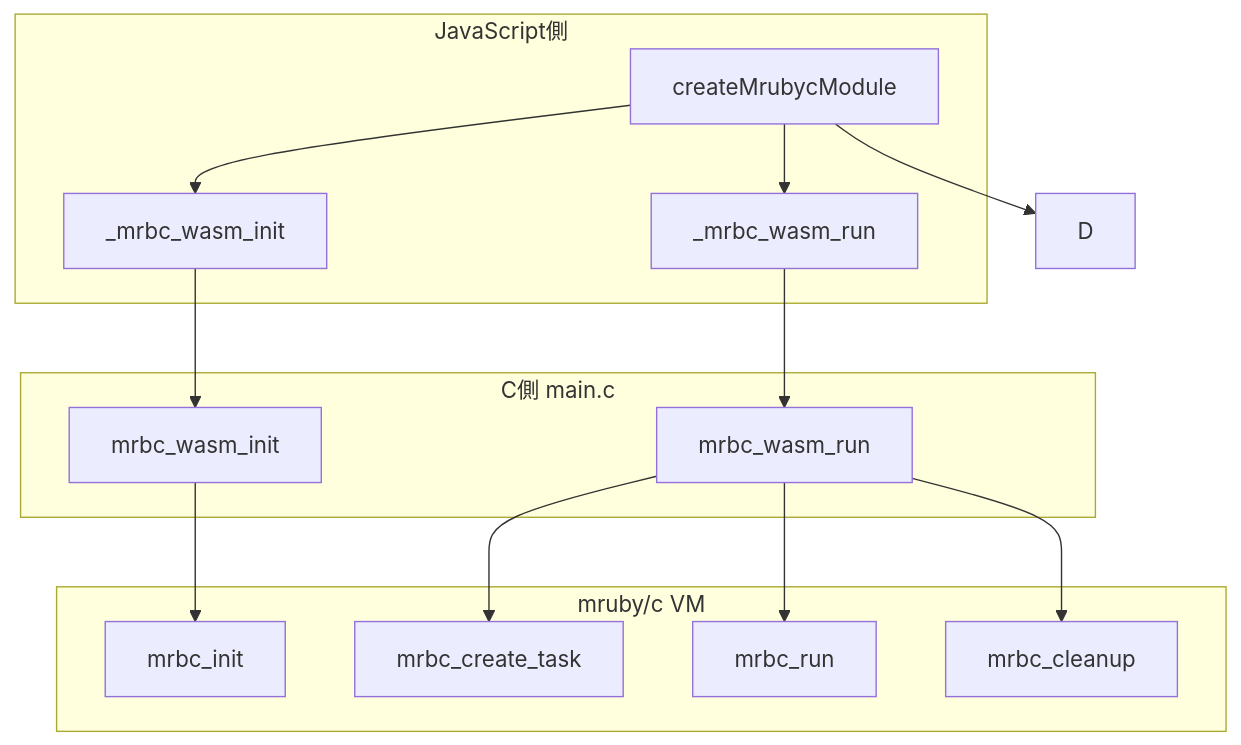
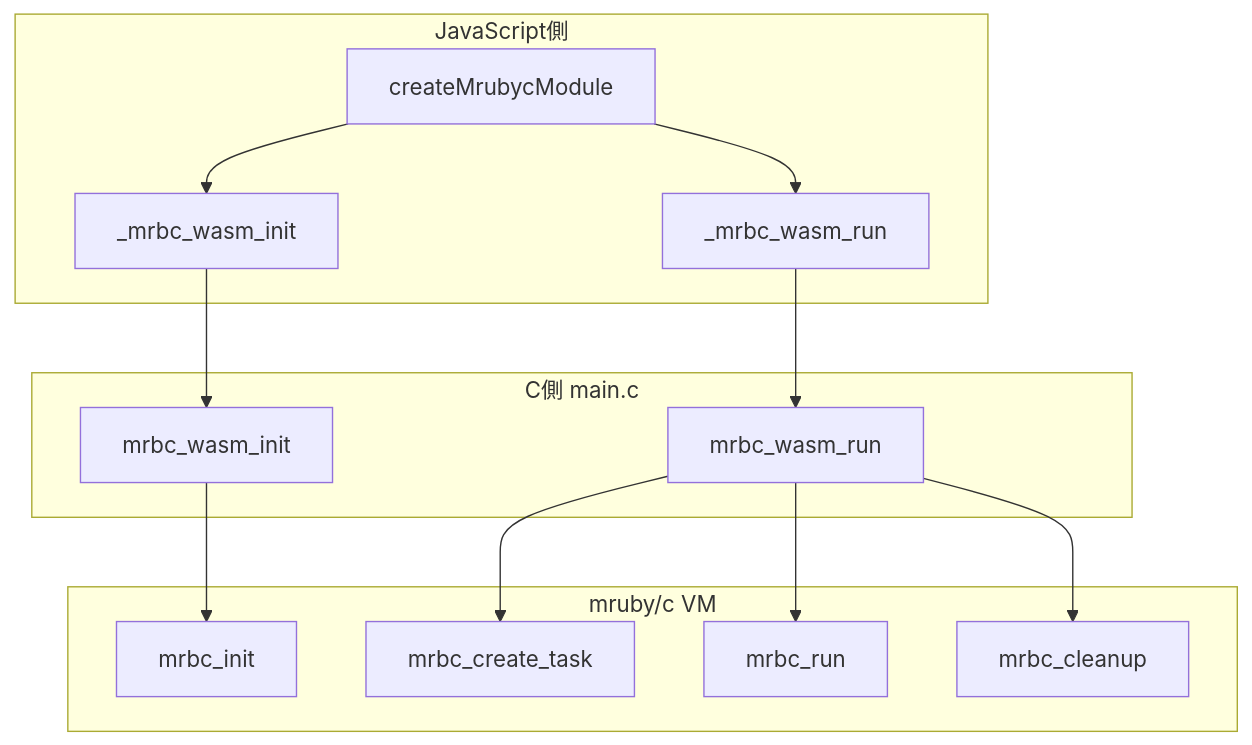
Before and after one commit to uist1idrju3i/study-WebSimulator: the fourth of 6 diagrams in README.md, drawn with Mermaid. The commit also changed other lines of this file, not shown here.

````diff
--- a/README.md
+++ b/README.md
@@ -189,30 +189,29 @@
 ```mermaid
 graph TB
     subgraph "JavaScript側"
         A[createMrubycModule]
         B[_mrbc_wasm_init]
         C[_mrbc_wasm_run]
     end
     
     subgraph "C側 main.c"
         E[mrbc_wasm_init]
         F[mrbc_wasm_run]
     end
     
     subgraph "mruby/c VM"
         H[mrbc_init]
         I[mrbc_create_task]
         J[mrbc_run]
         K[mrbc_cleanup]
     end
     
     A --> B
     A --> C
-    A --> D
     B --> E
     C --> F
     E --> H
     F --> I
     F --> J
     F --> K
 ```
````
